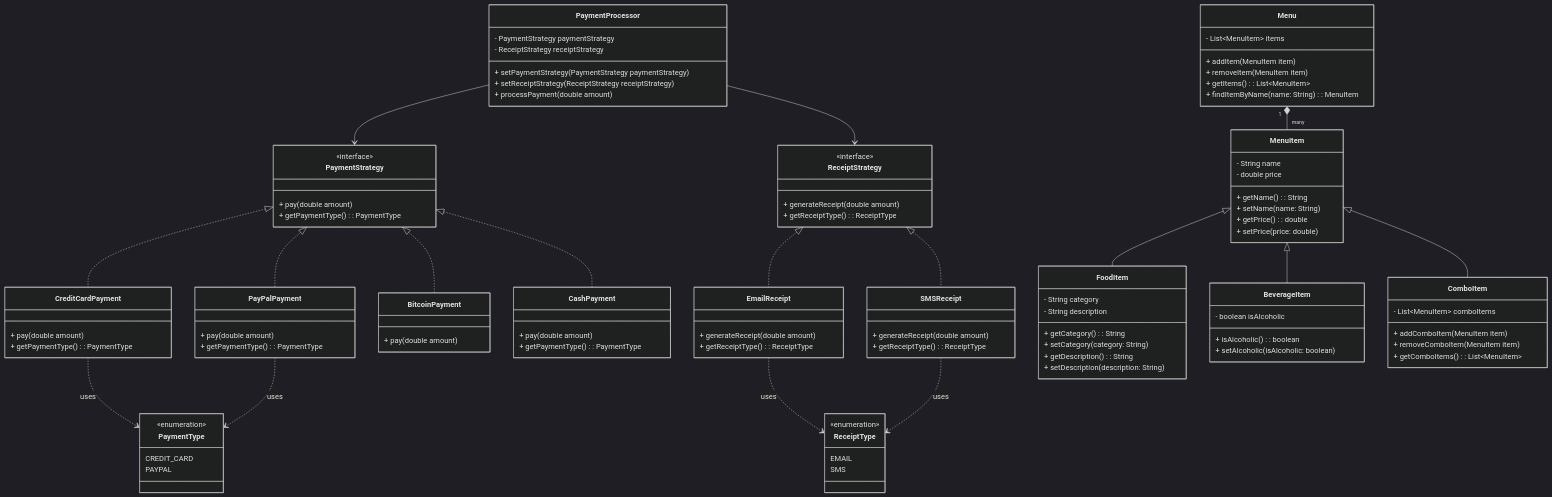
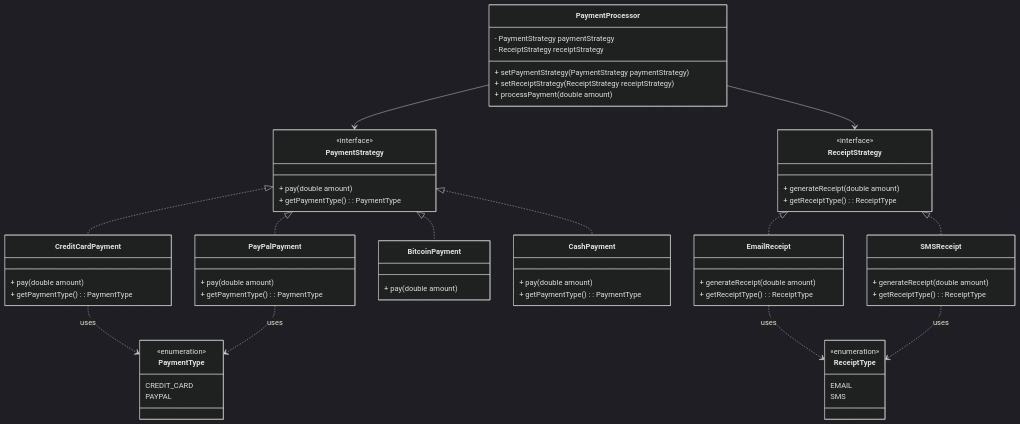
One commit to andrewchng/java-helloworld changed the first of 2 diagrams in README.md. Above: the diagram before and after it, drawn with Mermaid (dark theme).

````diff
--- a/README.md
+++ b/README.md
@@ -81,48 +81,4 @@
 
     EmailReceipt ..> ReceiptType : uses
     SMSReceipt ..> ReceiptType : uses
-
-    class Menu {
-        - List~MenuItem~ items
-        + addItem(MenuItem item)
-        + removeItem(MenuItem item)
-        + getItems() : List~MenuItem~
-        + findItemByName(name: String) : MenuItem
-    }
-
-    class MenuItem {
-        - String name
-        - double price
-        + getName() : String
-        + setName(name: String)
-        + getPrice() : double
-        + setPrice(price: double)
-    }
-
-    class FoodItem {
-        - String category
-        - String description
-        + getCategory() : String
-        + setCategory(category: String)
-        + getDescription() : String
-        + setDescription(description: String)
-    }
-
-    class BeverageItem {
-        - boolean isAlcoholic
-        + isAlcoholic() : boolean
-        + setAlcoholic(isAlcoholic: boolean)
-    }
-
-    class ComboItem {
-        - List~MenuItem~ comboItems
-        + addComboItem(MenuItem item)
-        + removeComboItem(MenuItem item)
-        + getComboItems() : List~MenuItem~
-    }
-
-    MenuItem <|-- FoodItem
-    MenuItem <|-- BeverageItem
-    MenuItem <|-- ComboItem
-    Menu "1" *-- "many" MenuItem
 ```
````
